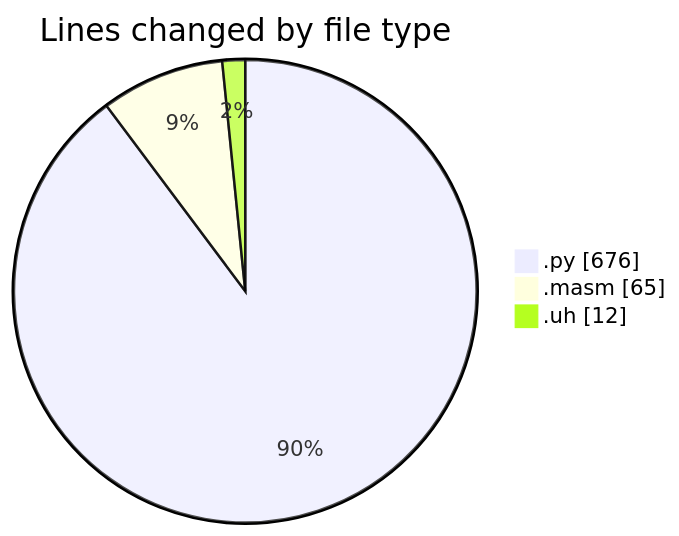
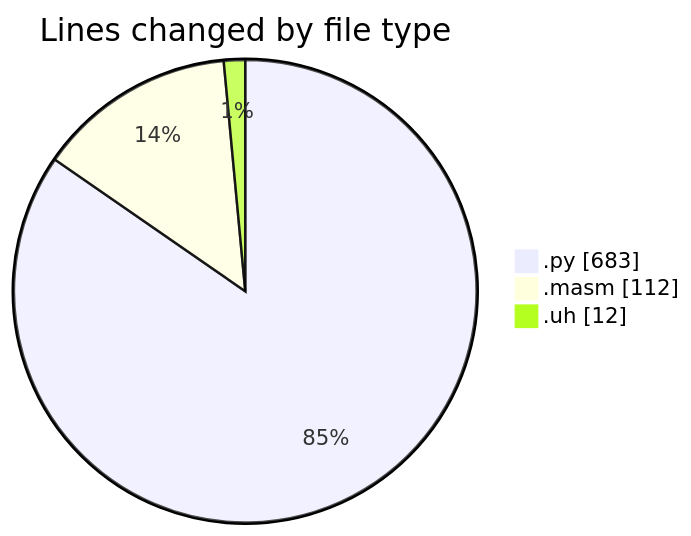
One commit to charlie-sans/code-tracking changed the first of 2 diagrams in 2025-05-01/uhigh-lang/README.md. Above: the diagram before and after it, drawn with Mermaid. The commit also changed other lines of this file and 1 other file, not shown here.

````diff
--- a/2025-05-01/uhigh-lang/README.md
+++ b/2025-05-01/uhigh-lang/README.md
@@ -22,7 +22,7 @@
 ```mermaid
 pie showData
 title Lines changed by file type
-".py" : 676
-".masm" : 65
+".py" : 683
+".masm" : 112
 ".uh" : 12
 ```
````
